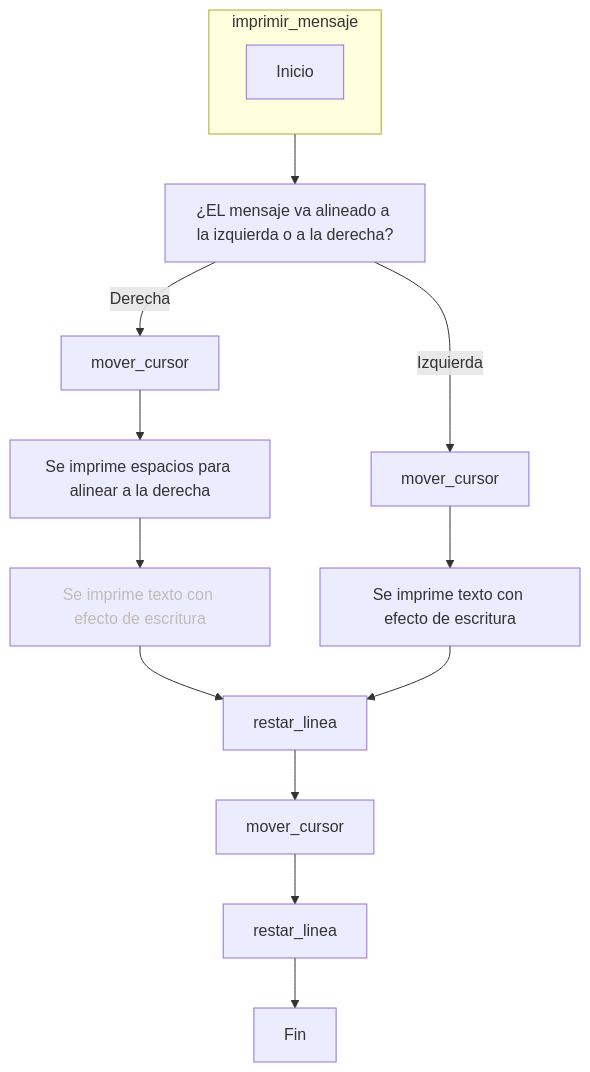
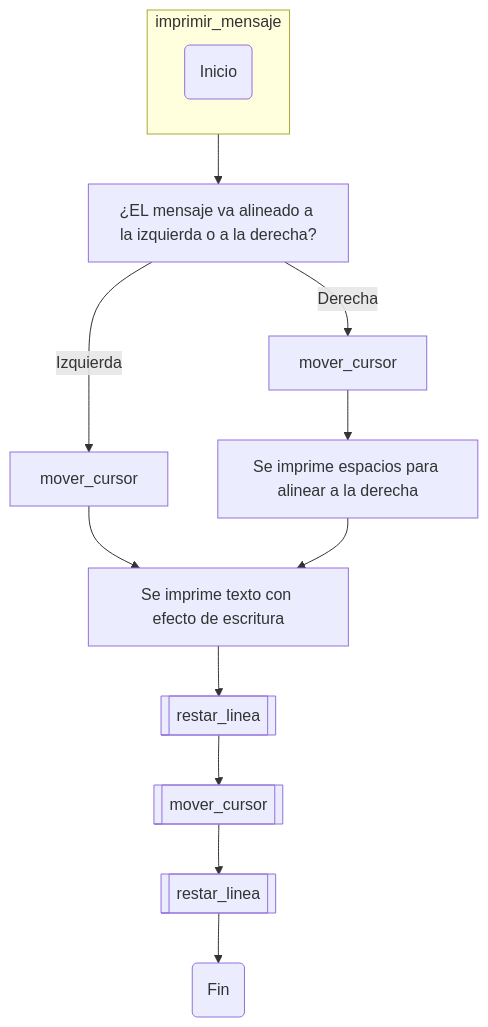
Before and after one commit to JuanJoToAl/Juego---Los_vivos_mienten: the seventh of 13 diagrams in README.md, drawn with Mermaid. The commit also changed other lines of this file, not shown here.

Commit message:
actualización códigos y diagramas

````diff
--- a/README.md
+++ b/README.md
@@ -352,35 +413,33 @@
 ```mermaid
 flowchart TB
     subgraph s1["imprimir_mensaje"]
-        n1["Inicio"]
+        n1("Inicio")
     end
     n3["¿EL mensaje va alineado a la izquierda o a la derecha?"] -- Derecha --> n4["mover_cursor"]
     n3 -- Izquierda --> n5["mover_cursor"]
     n5 --> n6["Se imprime texto con efecto de escritura"]
     s1 --> n3
     n4 --> n9["Se imprime espacios para alinear a la derecha"]
-    n9 --> n12["<span style='color: rgb(193, 188, 180); --darkreader-inline-color: ﬂ°bdb7ae¶ß' data-darkreader-inline-color=''>Se imprime texto con efecto de escritura</span><br>"]
-    n12 --> n13["restar_linea"]
-    n13 --> n14["mover_cursor"]
-    n6 --> n13
-    n14 --> n15["restar_linea"]
-    n15 --> n16["Fin"]
+    n9 --> n6
+    n6 --> n13[["restar_linea"]]
+    n13 --> n14[["mover_cursor"]]
+    n14 --> n15[["restar_linea"]]
+    n15 --> n16("Fin")
     classDef rounded shape: rounded;
     classDef diam shape: diam;
     classDef subproc shape: subproc;
     classDef rect shape: rect;
     classDef proc shape: proc;
 
     n1:::rounded
     n3:::diam
     n4:::subproc
     n5:::subproc
     n6:::rect
     n9:::rect
-    n12:::proc
     n13:::subproc
     n14:::subproc
     n15:::subproc
     n16:::rounded
 
 ```
````
